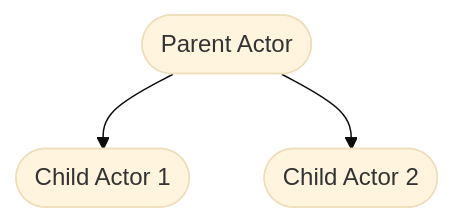
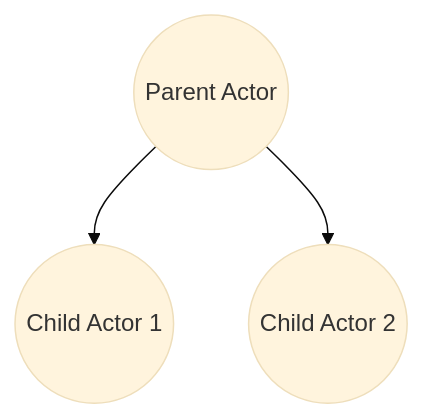
One commit to asynkron/protoactor-website changed the second of 2 diagrams in hugo/content/docs/bootcamp2025/chapter-2.md. Above: the diagram before and after it, drawn with Mermaid (base theme). The commit also changed other lines of this file and 4 other files, not shown here.

````diff
--- a/hugo/content/docs/bootcamp2025/chapter-2.md
+++ b/hugo/content/docs/bootcamp2025/chapter-2.md
@@ -207,8 +221,8 @@
 ```mermaid
-flowchart TB
-    Parent([Parent Actor])
-    Child1([Child Actor 1])
-    Child2([Child Actor 2])
-    Parent --> Child1
-    Parent --> Child2
+graph TB
+    parent((Parent Actor))
+    child1((Child Actor 1))
+    child2((Child Actor 2))
+    parent --> child1
+    parent --> child2
 ```
````
